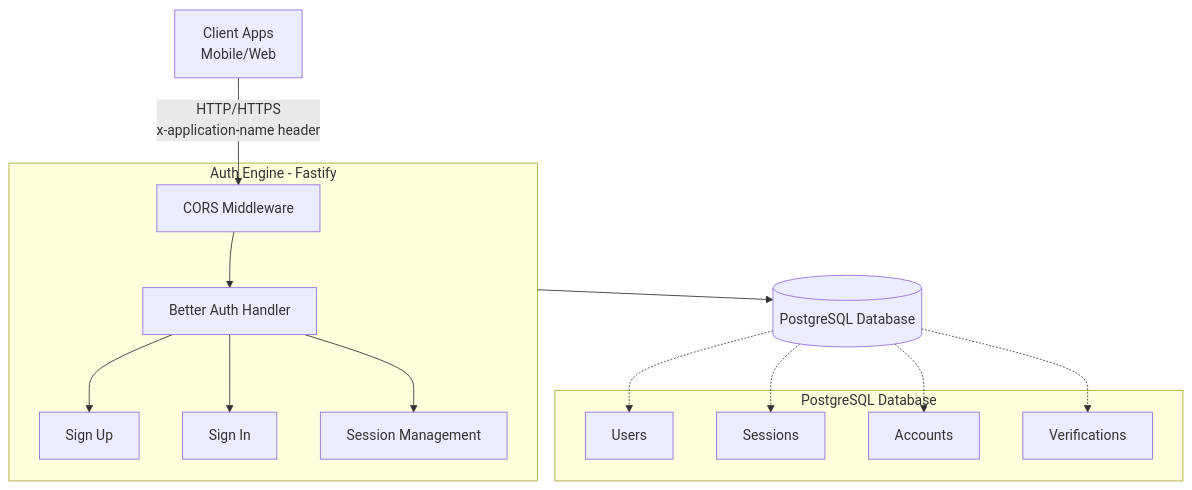
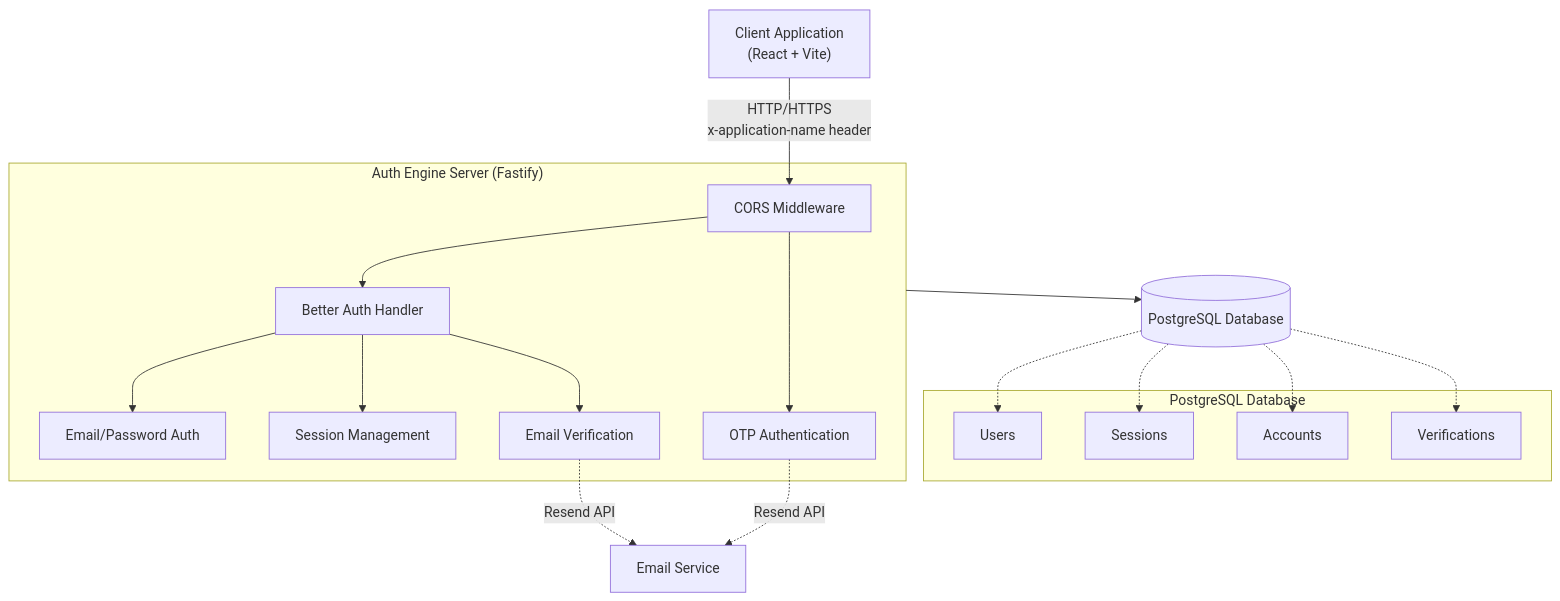
One commit to Celestial-0/Auth-Engine changed the first of 2 diagrams in docs/README.md. Above: the diagram before and after it, drawn with Mermaid. The commit also changed other lines of this file and 54 other files, not shown here.

First line of the commit message:
feat: add React client with OTP auth and API testing interface

````diff
--- a/docs/README.md
+++ b/docs/README.md
@@ -49,31 +69,35 @@
 ```mermaid
 flowchart TD
-    A[Client Apps<br/>Mobile/Web] -->|HTTP/HTTPS<br/>x-application-name header| B[CORS Middleware]
+    A["Client Application<br/>(React + Vite)"] -->|HTTP/HTTPS<br/>x-application-name header| B[CORS Middleware]
     
-    subgraph Engine[Auth Engine - Fastify]
+    subgraph Server["Auth Engine Server (Fastify)"]
         B[CORS Middleware]
         C[Better Auth Handler]
-        D[Sign Up]
-        E[Sign In]
+        D[Email/Password Auth]
+        E[OTP Authentication]
         F[Session Management]
+        G[Email Verification]
         
         B --> C
+        B --> E
         C --> D
-        C --> E
         C --> F
+        C --> G
     end
     
-    Engine --> G[(PostgreSQL Database)]
+    Server --> H[(PostgreSQL Database)]
+    E -.->|Resend API| I[Email Service]
+    G -.->|Resend API| I
     
     subgraph Database[PostgreSQL Database]
-        H[Users]
-        I[Sessions]
-        J[Accounts]
-        K[Verifications]
+        J[Users]
+        K[Sessions]
+        L[Accounts]
+        M[Verifications]
     end
     
-    G -.-> H
-    G -.-> I
-    G -.-> J
-    G -.-> K
+    H -.-> J
+    H -.-> K
+    H -.-> L
+    H -.-> M
 ```
````
